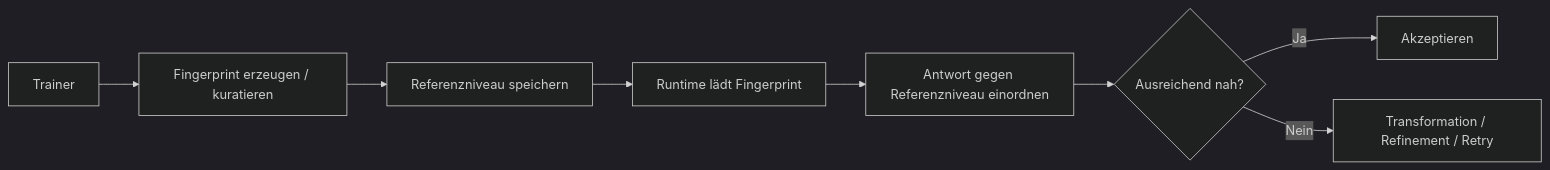
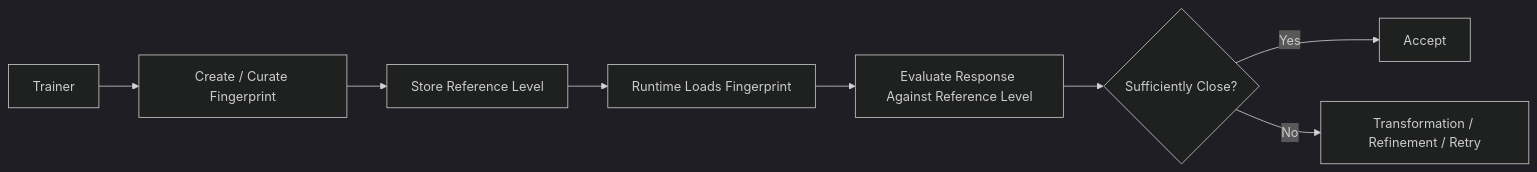
The diagram in Docs/04-trainer-and-fingerprint.md (max-dingsda/MDAL), drawn with Mermaid (dark theme) before and after one commit. The commit also changed other lines of this file and 82 other files, not shown here.

````diff
--- a/Docs/04-trainer-and-fingerprint.md
+++ b/Docs/04-trainer-and-fingerprint.md
@@ -100,10 +100,10 @@
 ```mermaid
 flowchart LR
-    A[Trainer] --> B[Fingerprint erzeugen / kuratieren]
-    B --> C[Referenzniveau speichern]
-    C --> D[Runtime lädt Fingerprint]
-    D --> E[Antwort gegen Referenzniveau einordnen]
-    E --> F{Ausreichend nah?}
-    F -- Ja --> G[Akzeptieren]
-    F -- Nein --> H[Transformation / Refinement / Retry]
+    A[Trainer] --> B[Create / Curate Fingerprint]
+    B --> C[Store Reference Level]
+    C --> D[Runtime Loads Fingerprint]
+    D --> E[Evaluate Response Against Reference Level]
+    E --> F{Sufficiently Close?}
+    F -- Yes --> G[Accept]
+    F -- No --> H[Transformation / Refinement / Retry]
 ```
````
